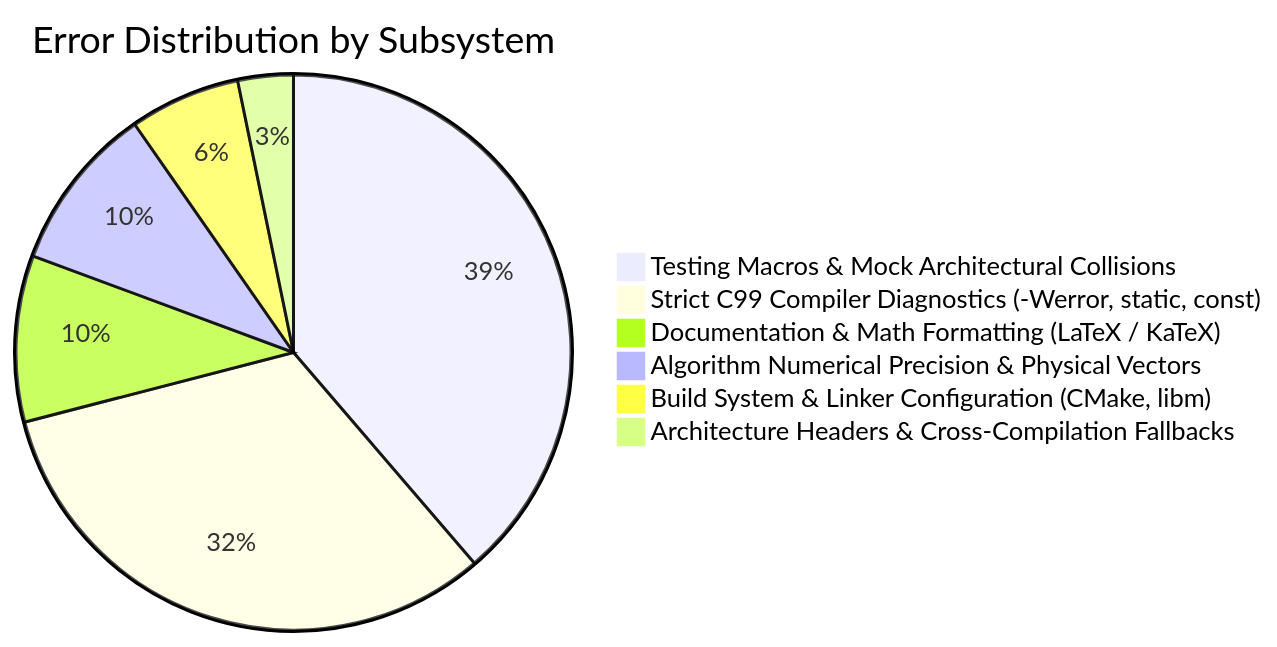
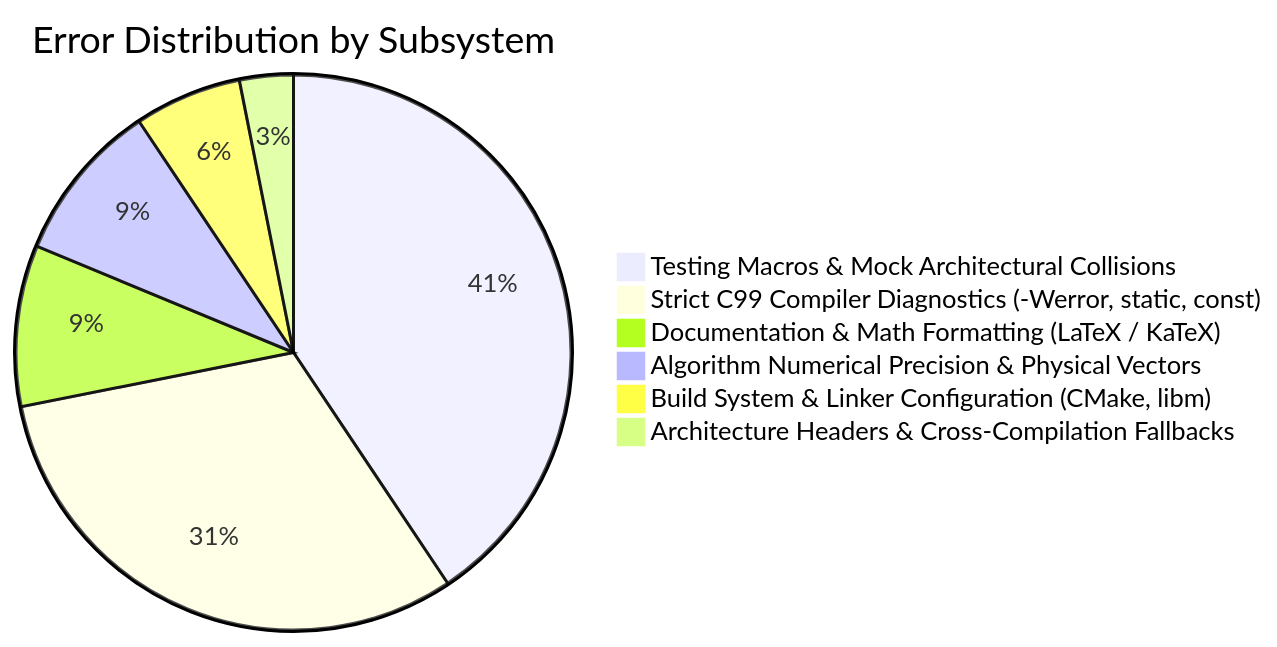
The diagram in context/errors/README.md (Thejus26/rain-predict), drawn with Mermaid before and after one commit. The commit also changed other lines of this file and 2 other files, not shown here.

Commit message:
fix(drivers): resolve ERR-032 modbus query rx flush timeout in host simulation

````diff
--- a/context/errors/README.md
+++ b/context/errors/README.md
@@ -47,9 +48,9 @@
 ```mermaid
 pie title Error Distribution by Subsystem
-    "Testing Macros & Mock Architectural Collisions" : 12
+    "Testing Macros & Mock Architectural Collisions" : 13
     "Strict C99 Compiler Diagnostics (-Werror, static, const)" : 10
     "Documentation & Math Formatting (LaTeX / KaTeX)" : 3
     "Algorithm Numerical Precision & Physical Vectors" : 3
     "Build System & Linker Configuration (CMake, libm)" : 2
     "Architecture Headers & Cross-Compilation Fallbacks" : 1
 ```
````
